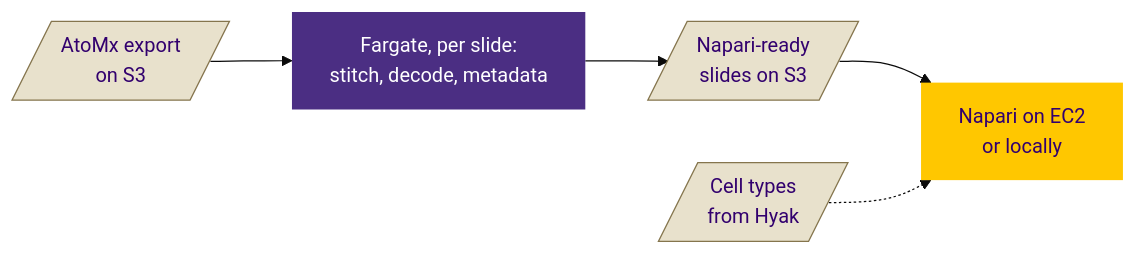
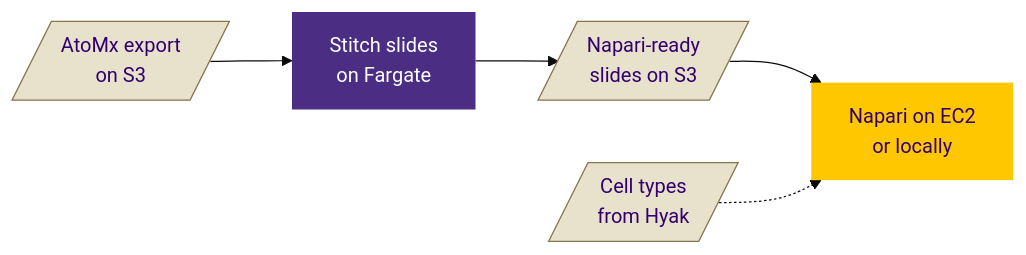
The second of 2 diagrams in README.md (UW-BRaIN-lab/cosmx-utilities), drawn with Mermaid (base theme) before and after one commit.

Commit message:
README: shorten the Fargate box label, which GitHub clipped
GitHub wraps Mermaid labels narrowly, so the two-line label became four and
the last line was cut off.

````diff
--- a/README.md
+++ b/README.md
@@ -60,15 +60,15 @@
 ```mermaid
 flowchart LR
     classDef data fill:#e8e1cc,stroke:#85754d,color:#32006e
     classDef step fill:#4b2e83,stroke:none,color:#ffffff
     classDef viewer fill:#ffc700,stroke:none,color:#32006e
 
     export[/"AtoMx export<br/>on S3"/]:::data
-    stitch["Fargate, per slide:<br/>stitch, decode, metadata"]:::step
+    stitch["Stitch slides<br/>on Fargate"]:::step
     out[/"Napari-ready<br/>slides on S3"/]:::data
     viewer["Napari on EC2<br/>or locally"]:::viewer
     labels[/"Cell types<br/>from Hyak"/]:::data
 
     export --> stitch --> out --> viewer
     labels -.-> viewer
 ```
````
